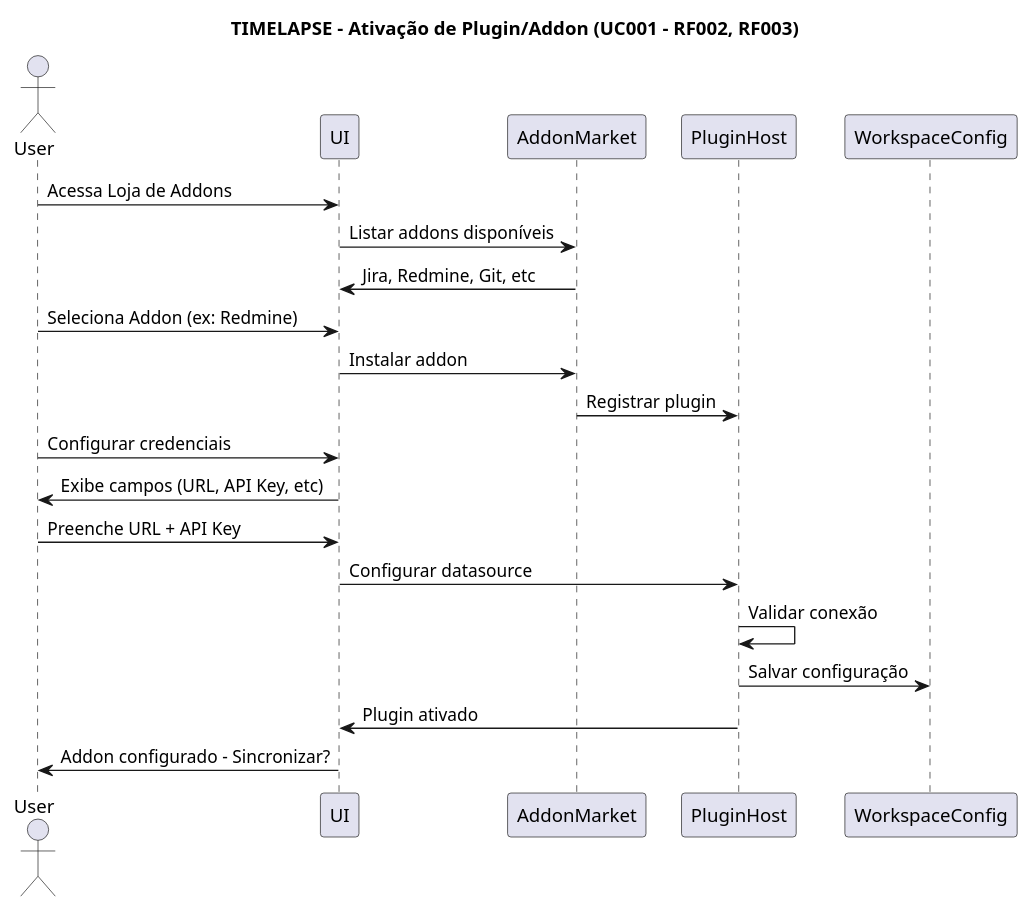
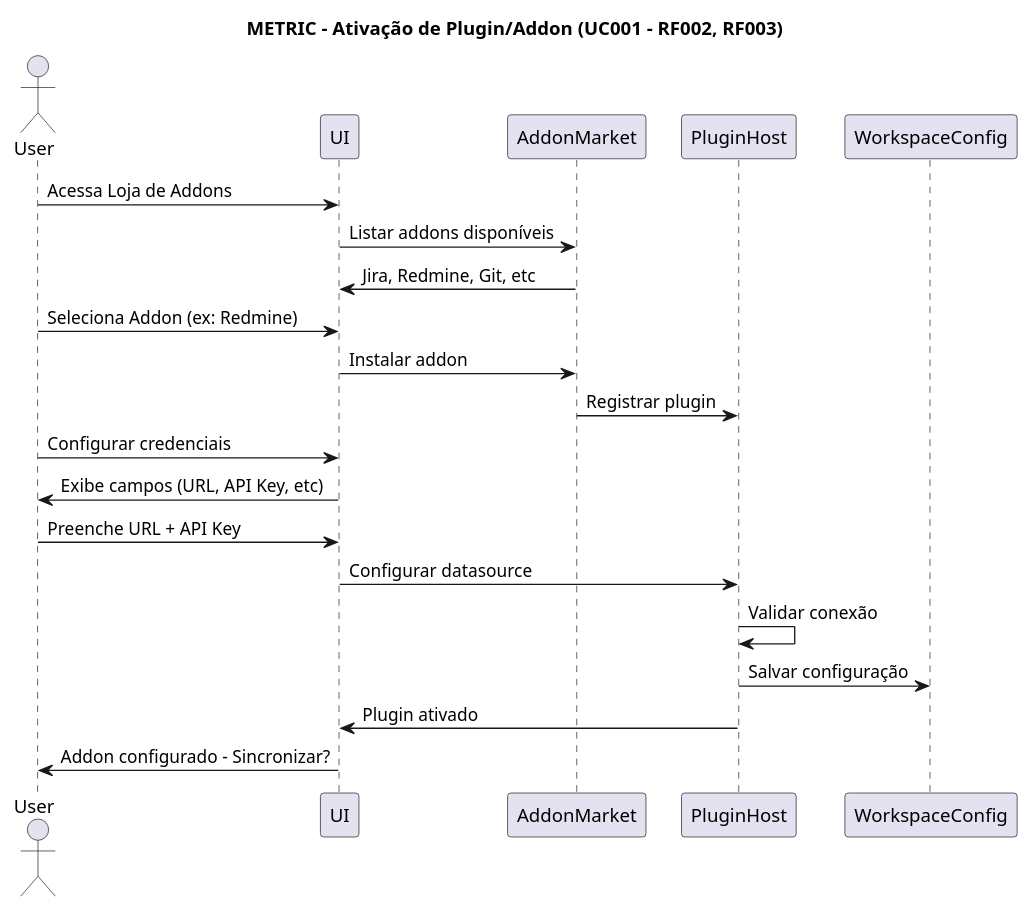
The diagram in docs/srs/diagrams/puml/flow/diagram-flow-007-plugin-activation.puml (Gustavohps10/metric), drawn with PlantUML before and after one commit. The commit also changed 208 other files, not shown here.

Commit message:
chore: rename project from timelapse to metric

```diff
--- a/docs/srs/diagrams/puml/flow/diagram-flow-007-plugin-activation.puml
+++ b/docs/srs/diagrams/puml/flow/diagram-flow-007-plugin-activation.puml
@@ -1,27 +1,27 @@
 @startuml PluginActivationFlow
-title TIMELAPSE - Ativação de Plugin/Addon (UC001 - RF002, RF003)
+title METRIC - Ativação de Plugin/Addon (UC001 - RF002, RF003)
 actor User
 participant UI
 participant AddonMarket
 participant PluginHost
 participant WorkspaceConfig
 
 User -> UI: Acessa Loja de Addons
 UI -> AddonMarket: Listar addons disponíveis
 AddonMarket -> UI: Jira, Redmine, Git, etc
 
 User -> UI: Seleciona Addon (ex: Redmine)
 UI -> AddonMarket: Instalar addon
 AddonMarket -> PluginHost: Registrar plugin
 
 User -> UI: Configurar credenciais
 UI -> User: Exibe campos (URL, API Key, etc)
 User -> UI: Preenche URL + API Key
 
 UI -> PluginHost: Configurar datasource
 PluginHost -> PluginHost: Validar conexão
 PluginHost -> WorkspaceConfig: Salvar configuração
 
 PluginHost -> UI: Plugin ativado
 UI -> User: Addon configurado - Sincronizar?
 @enduml
```
